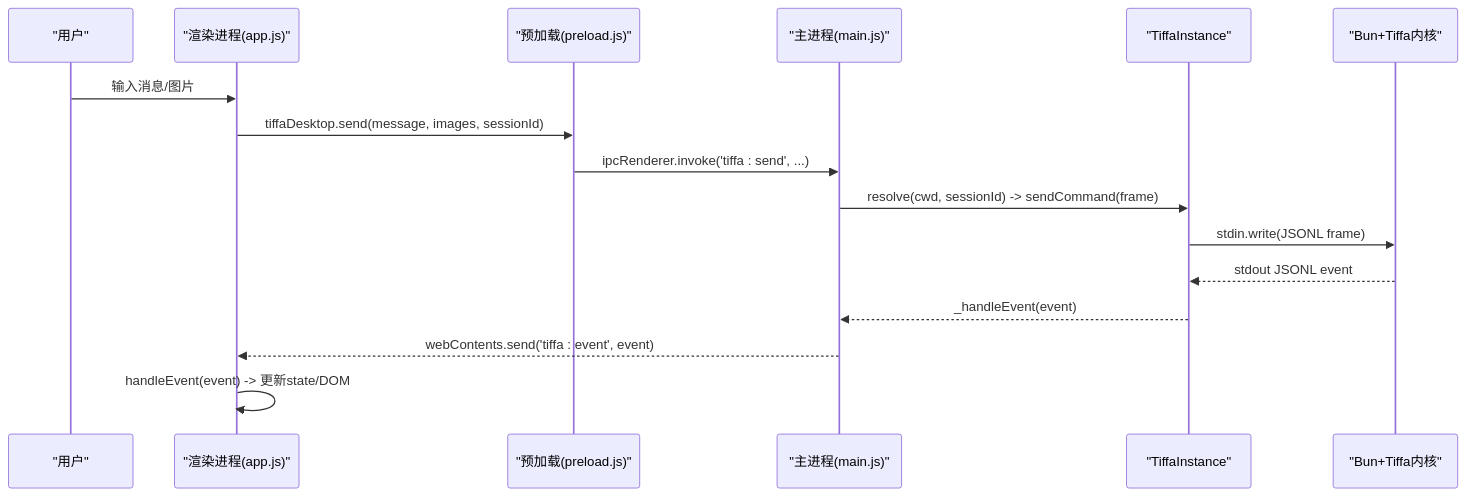
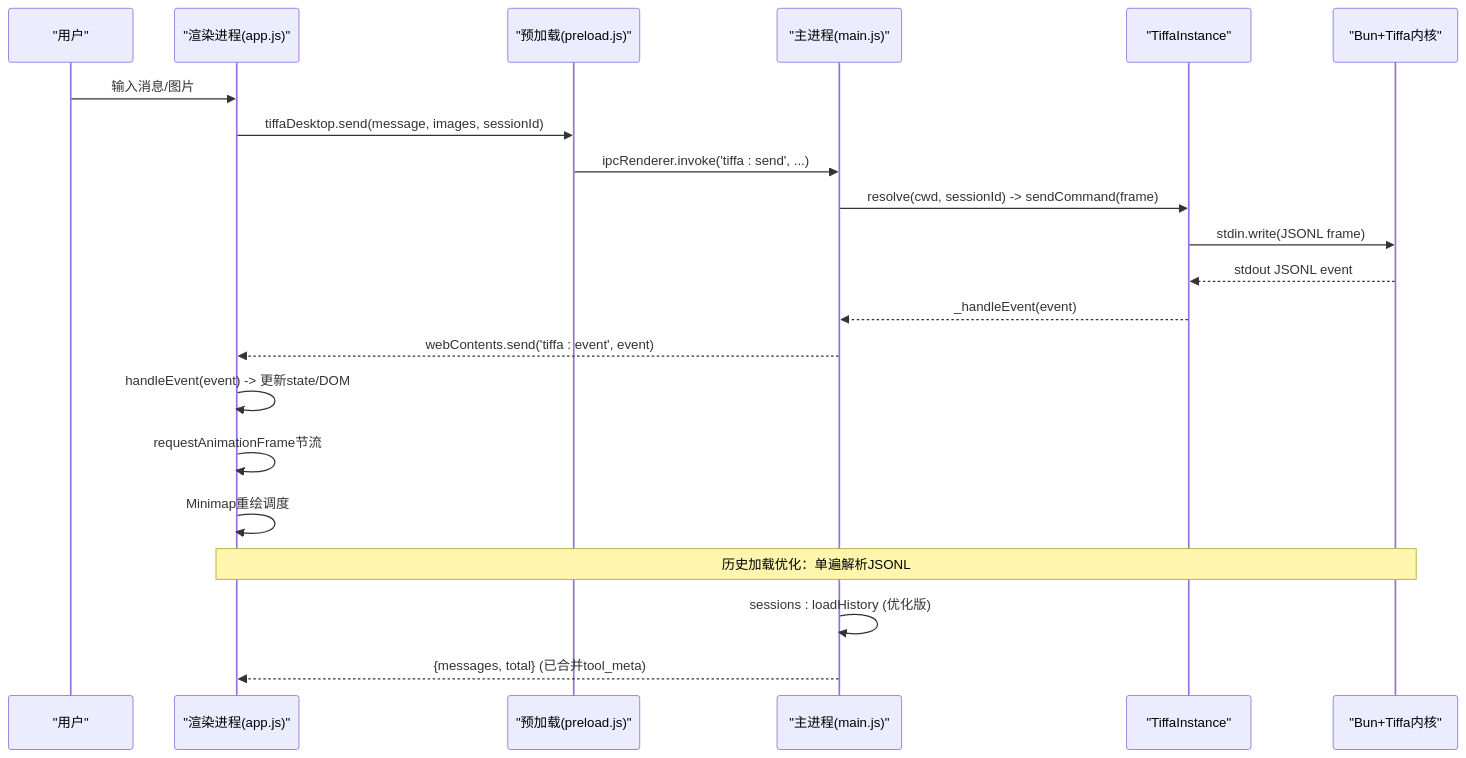
The second of 6 diagrams in .qoder/repowiki/zh/content/用户界面/前端架构概览.md (swond-Mao/Tiffa), drawn with Mermaid before and after one commit. The commit also changed other lines of this file and 25 other files, not shown here.

````diff
--- a/.qoder/repowiki/zh/content/用户界面/前端架构概览.md
+++ b/.qoder/repowiki/zh/content/用户界面/前端架构概览.md
@@ -109,18 +130,23 @@
 ```mermaid
 sequenceDiagram
 participant U as "用户"
 participant R as "渲染进程(app.js)"
 participant P as "预加载(preload.js)"
 participant M as "主进程(main.js)"
 participant I as "TiffaInstance"
 participant S as "Bun+Tiffa内核"
 U->>R : 输入消息/图片
 R->>P : tiffaDesktop.send(message, images, sessionId)
 P->>M : ipcRenderer.invoke('tiffa : send', ...)
 M->>I : resolve(cwd, sessionId) -> sendCommand(frame)
 I->>S : stdin.write(JSONL frame)
 S-->>I : stdout JSONL event
 I-->>M : _handleEvent(event)
 M-->>R : webContents.send('tiffa : event', event)
 R->>R : handleEvent(event) -> 更新state/DOM
+R->>R : requestAnimationFrame节流
+R->>R : Minimap重绘调度
+Note over R,S : 历史加载优化：单遍解析JSONL
+M->>M : sessions : loadHistory (优化版)
+M-->>R : {messages, total} (已合并tool_meta)
 ```
````
